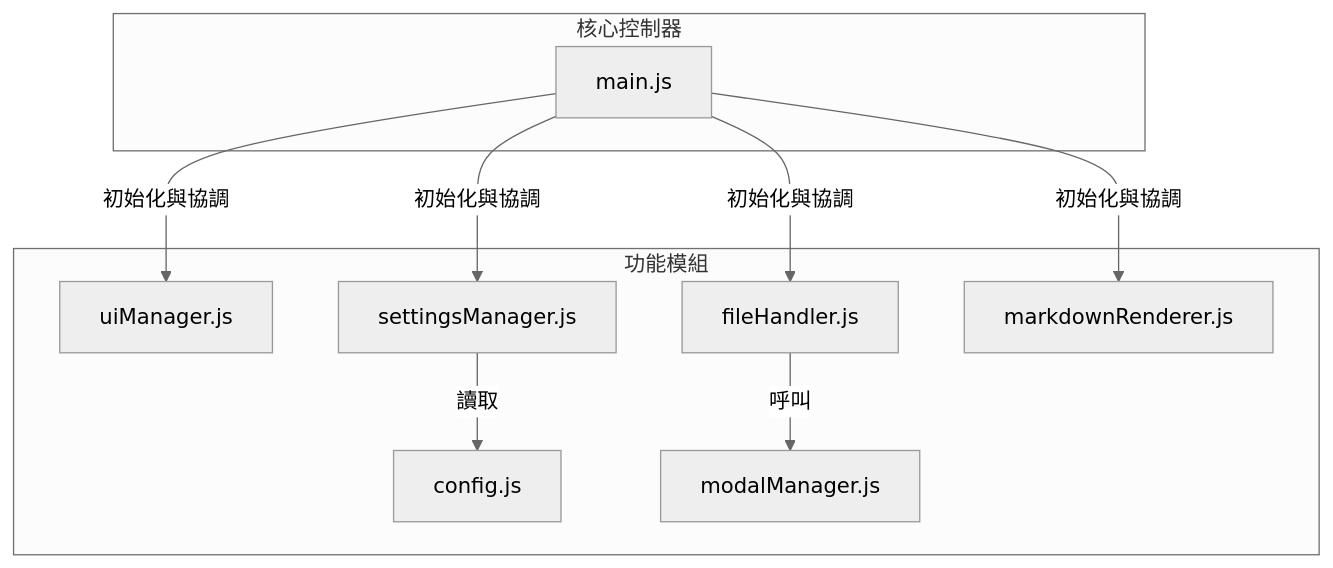
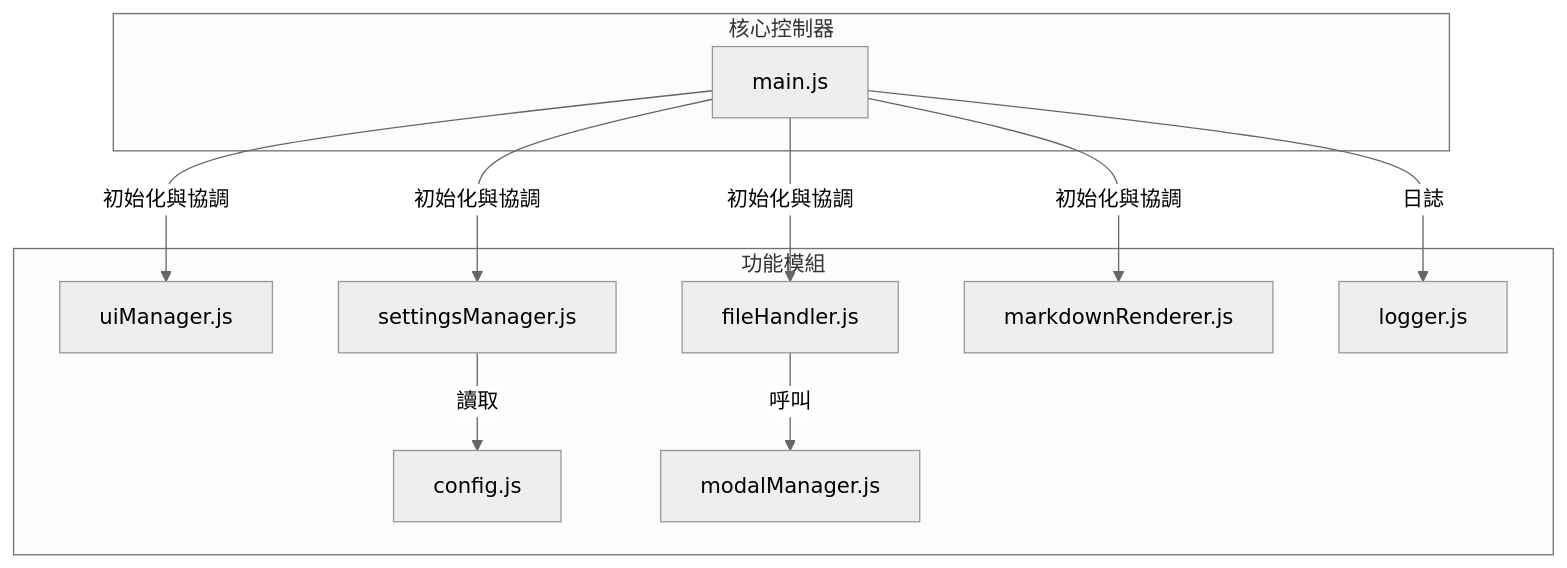
The fourth of 4 diagrams in ARCHITECTURE.md (ytssamuel/md_editor), drawn with Mermaid (neutral theme) before and after one commit. The commit also changed other lines of this file and 6 other files, not shown here.

````diff
--- a/ARCHITECTURE.md
+++ b/ARCHITECTURE.md
@@ -143,23 +156,25 @@
 ```mermaid
 graph TD
     subgraph "核心控制器"
         Main[main.js]
     end
 
     subgraph "功能模組"
         Config[config.js]
         UI[uiManager.js]
         File[fileHandler.js]
         Settings[settingsManager.js]
         Renderer[markdownRenderer.js]
         Modal[modalManager.js]
+        Logger[logger.js]
     end
 
     Main -- "初始化與協調" --> UI
     Main -- "初始化與協調" --> File
     Main -- "初始化與協調" --> Settings
     Main -- "初始化與協調" --> Renderer
 
     Settings -- "讀取" --> Config
     File -- "呼叫" --> Modal
+    Main -- "日誌" --> Logger
 ```
````
